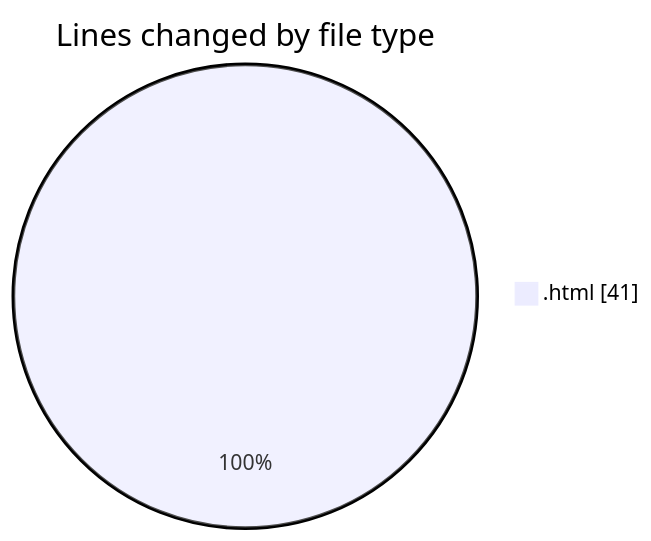
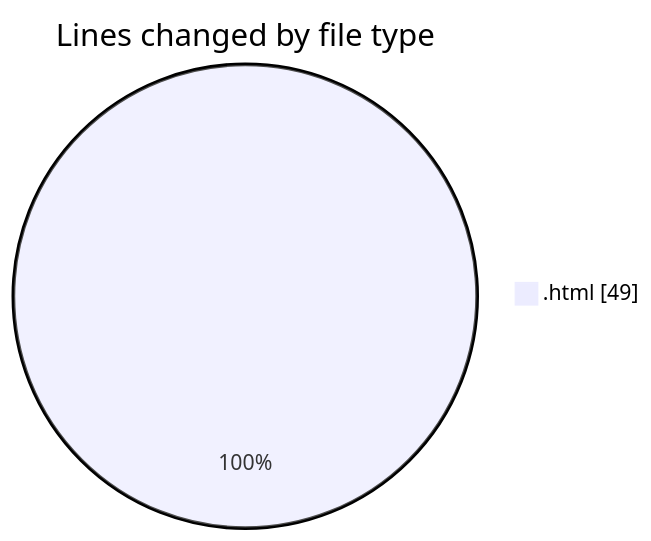
One commit to hasnaa123/code-tracking changed the first of 2 diagrams in 2025-12-24/technologie_web/README.md. Above: the diagram before and after it, drawn with Mermaid. The commit also changed other lines of this file and 1 other file, not shown here.

````diff
--- a/2025-12-24/technologie_web/README.md
+++ b/2025-12-24/technologie_web/README.md
@@ -20,5 +20,5 @@
 ```mermaid
 pie showData
 title Lines changed by file type
-".html" : 41
+".html" : 49
 ```
````
